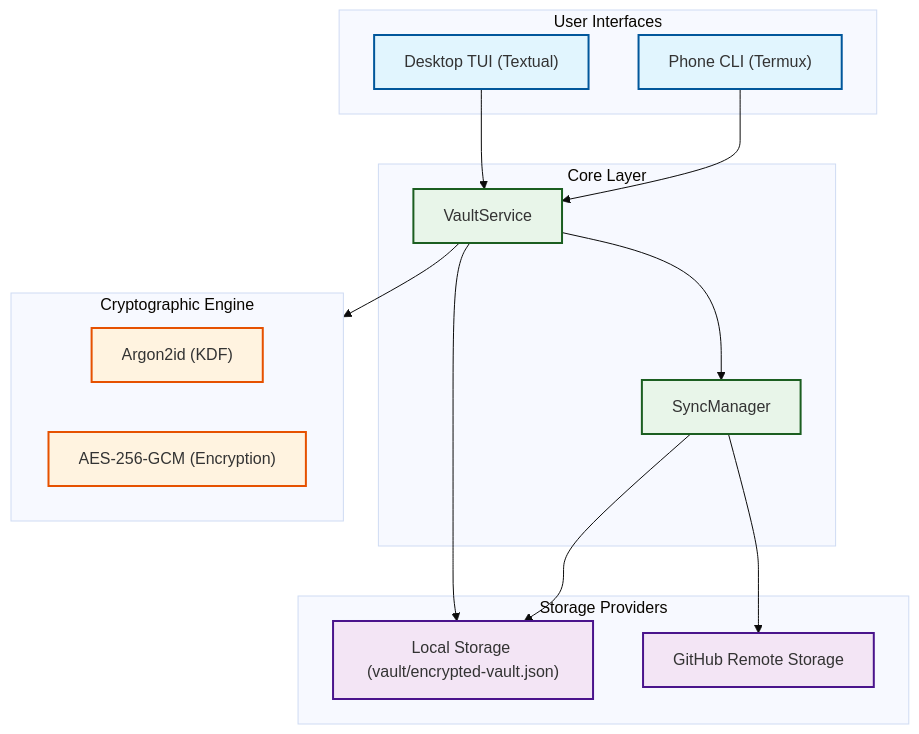
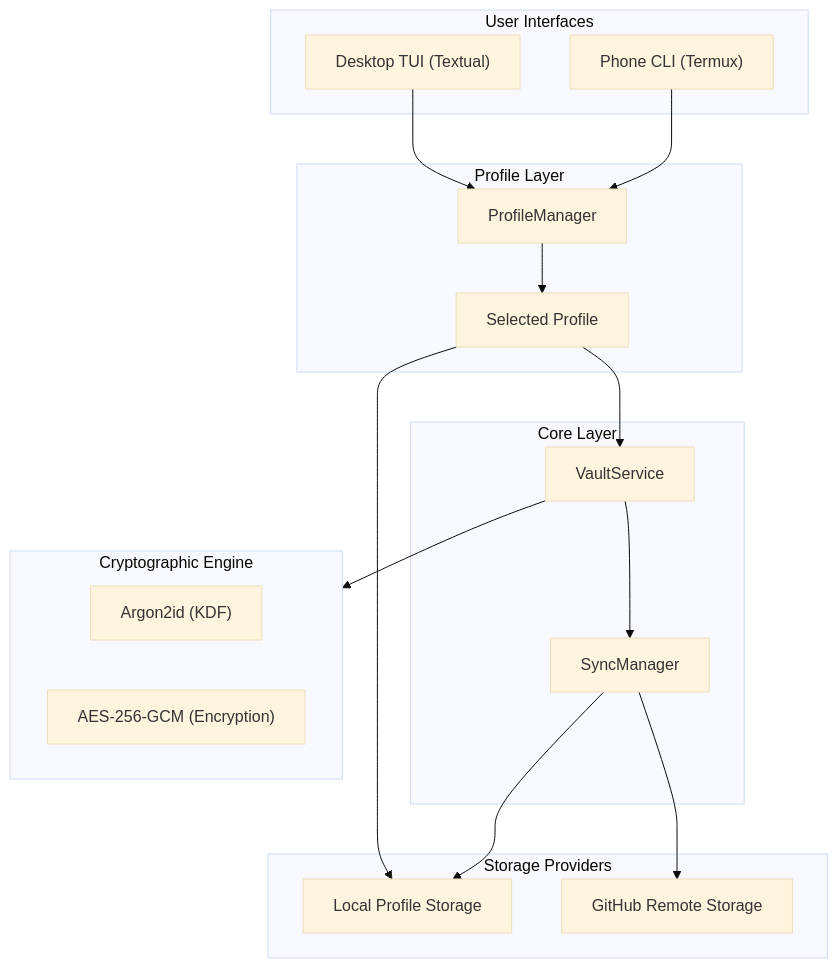
Before and after one commit to swayam-rajput/elk: the diagram in README.md, drawn with Mermaid (base theme). The commit also changed other lines of this file, not shown here.

````diff
--- a/README.md
+++ b/README.md
@@ -23,46 +24,38 @@
 ```mermaid
 graph TD
     subgraph UI ["User Interfaces"]
         Desktop["Desktop TUI (Textual)"]
         Phone["Phone CLI (Termux)"]
+    end
+
+    subgraph Profiles ["Profile Layer"]
+        PM["ProfileManager"]
+        Profile["Selected Profile"]
     end
 
     subgraph Service ["Core Layer"]
         VS["VaultService"]
         SM["SyncManager"]
     end
 
     subgraph Crypto ["Cryptographic Engine"]
         Argon["Argon2id (KDF)"]
         AES["AES-256-GCM (Encryption)"]
     end
 
     subgraph Storage ["Storage Providers"]
-        Local["Local Storage (vault/encrypted-vault.json)"]
+        Local["Local Profile Storage"]
         GitHub["GitHub Remote Storage"]
     end
 
-    %% UI Connections
-    Desktop --> VS
-    Phone --> VS
+    Desktop --> PM
+    Phone --> PM
+    PM --> Profile
+    Profile --> VS
+    Profile --> Local
 
-    %% Service Connections
     VS --> Crypto
-    VS --> Local
     VS --> SM
-
-    %% Sync Connections
     SM --> Local
     SM --> GitHub
-
-    %% Style classes
-    classDef ui fill:#e1f5fe,stroke:#01579b,stroke-width:2px;
-    classDef service fill:#e8f5e9,stroke:#1b5e20,stroke-width:2px;
-    classDef crypto fill:#fff3e0,stroke:#e65100,stroke-width:2px;
-    classDef storage fill:#f3e5f5,stroke:#4a148c,stroke-width:2px;
-
-    class Desktop,Phone ui;
-    class VS,SM service;
-    class Argon,AES crypto;
-    class Local,GitHub storage;
 ```
````
